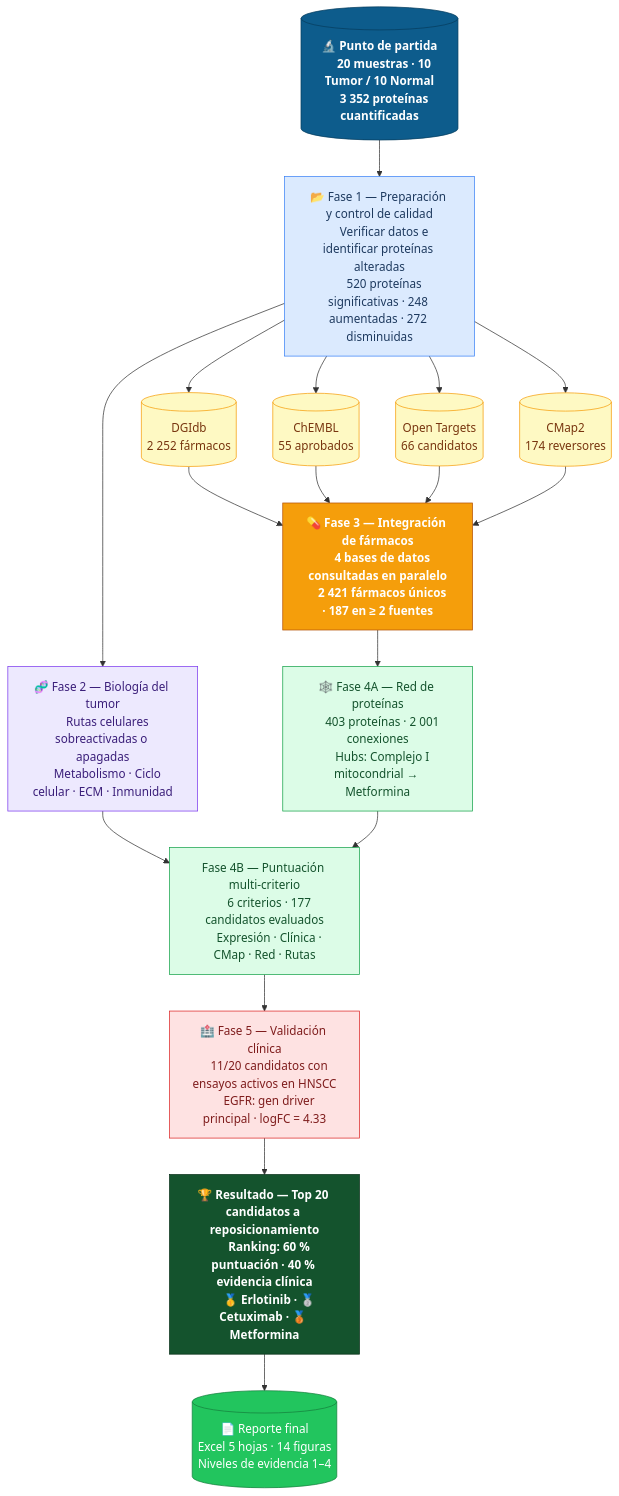
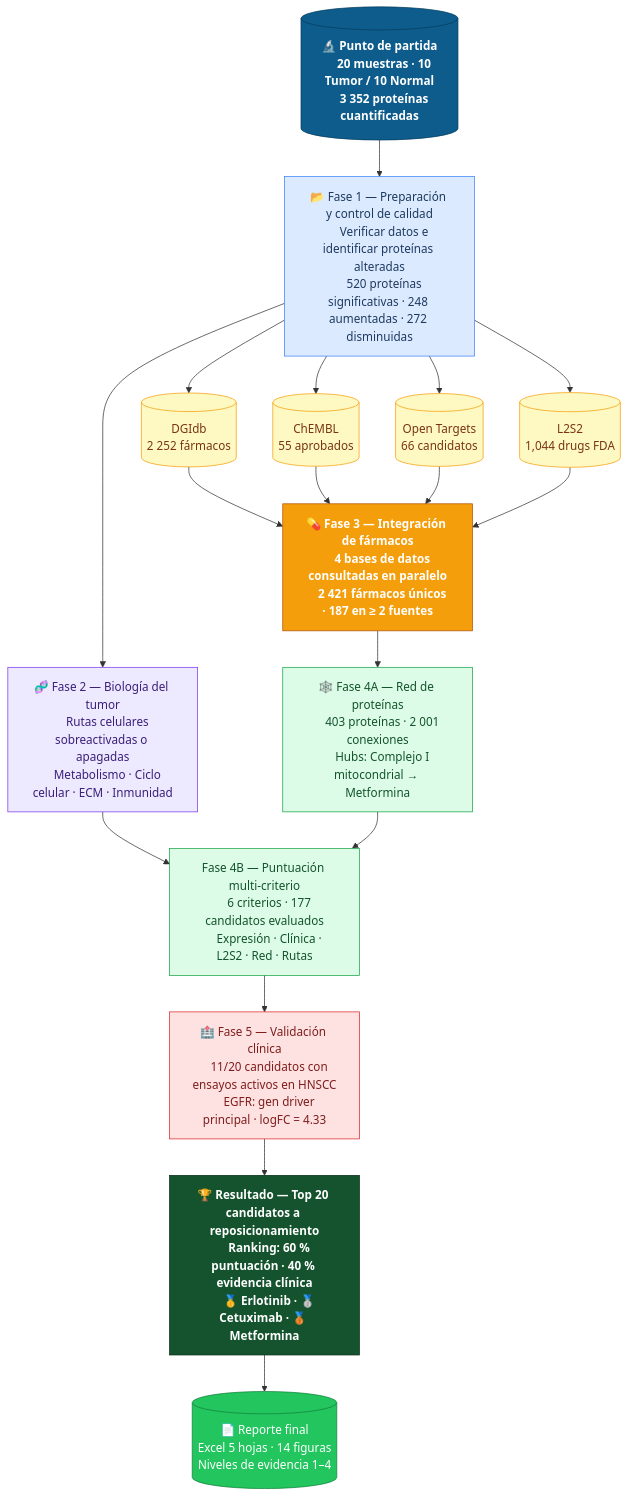
One commit to Nathjnoa/HNSCC_reporpousing changed the diagram in docs/workflow_diagram.md. Above: the diagram before and after it, drawn with Mermaid. The commit also changed 7 other files, not shown here.

````diff
--- a/docs/workflow_diagram.md
+++ b/docs/workflow_diagram.md
@@ -11,78 +11,78 @@
 ```mermaid
 flowchart TD
 
     DATA[("🔬 Punto de partida
     20 muestras · 10 Tumor / 10 Normal
     3 352 proteínas cuantificadas")]
 
     PREP["📂 Fase 1 — Preparación y control de calidad
     Verificar datos e identificar proteínas alteradas
     520 proteínas significativas · 248 aumentadas · 272 disminuidas"]
 
     BIO["🧬 Fase 2 — Biología del tumor
     Rutas celulares sobreactivadas o apagadas
     Metabolismo · Ciclo celular · ECM · Inmunidad"]
 
     DB1[("DGIdb
     2 252 fármacos")]
 
     DB2[("ChEMBL
     55 aprobados")]
 
     DB3[("Open Targets
     66 candidatos")]
 
-    DB4[("CMap2
-    174 reversores")]
+    DB4[("L2S2
+    1,044 drugs FDA")]
 
     INT["💊 Fase 3 — Integración de fármacos
     4 bases de datos consultadas en paralelo
     2 421 fármacos únicos · 187 en ≥ 2 fuentes"]
 
     NET["🕸️ Fase 4A — Red de proteínas
     403 proteínas · 2 001 conexiones
     Hubs: Complejo I mitocondrial → Metformina"]
 
     SCO["Fase 4B — Puntuación multi-criterio
     6 criterios · 177 candidatos evaluados
-    Expresión · Clínica · CMap · Red · Rutas"]
+    Expresión · Clínica · L2S2 · Red · Rutas"]
 
     VAL["🏥 Fase 5 — Validación clínica
     11/20 candidatos con ensayos activos en HNSCC
     EGFR: gen driver principal · logFC = 4.33"]
 
     TOP["🏆 Resultado — Top 20 candidatos a reposicionamiento
     Ranking: 60 % puntuación · 40 % evidencia clínica
     🥇 Erlotinib · 🥈 Cetuximab · 🥉 Metformina"]
 
     OUT[("📄 Reporte final
     Excel 5 hojas · 14 figuras
     Niveles de evidencia 1–4")]
 
     DATA --> PREP
     PREP --> BIO
     PREP --> DB1 & DB2 & DB3 & DB4
     DB1 & DB2 & DB3 & DB4 --> INT
     BIO --> SCO
     INT --> NET --> SCO --> VAL --> TOP --> OUT
 
     classDef input  fill:#0d5c8c,color:#ffffff,stroke:#063d5e,font-weight:bold
     classDef p1     fill:#dbeafe,color:#1e3a5f,stroke:#3b82f6
     classDef p2     fill:#ede9fe,color:#3b1f7a,stroke:#7c3aed
     classDef dbase  fill:#fef9c3,color:#78350f,stroke:#f59e0b
     classDef p3     fill:#f59e0b,color:#ffffff,stroke:#b45309,font-weight:bold
     classDef p4     fill:#dcfce7,color:#14532d,stroke:#16a34a
     classDef p5     fill:#fee2e2,color:#7f1d1d,stroke:#dc2626
     classDef result fill:#14532d,color:#ffffff,stroke:#052e16,font-weight:bold
     classDef output fill:#22c55e,color:#ffffff,stroke:#15803d
 
     class DATA input
     class PREP p1
     class BIO p2
     class DB1,DB2,DB3,DB4 dbase
     class INT p3
     class NET,SCO p4
     class VAL p5
     class TOP result
     class OUT output
 ```
````
